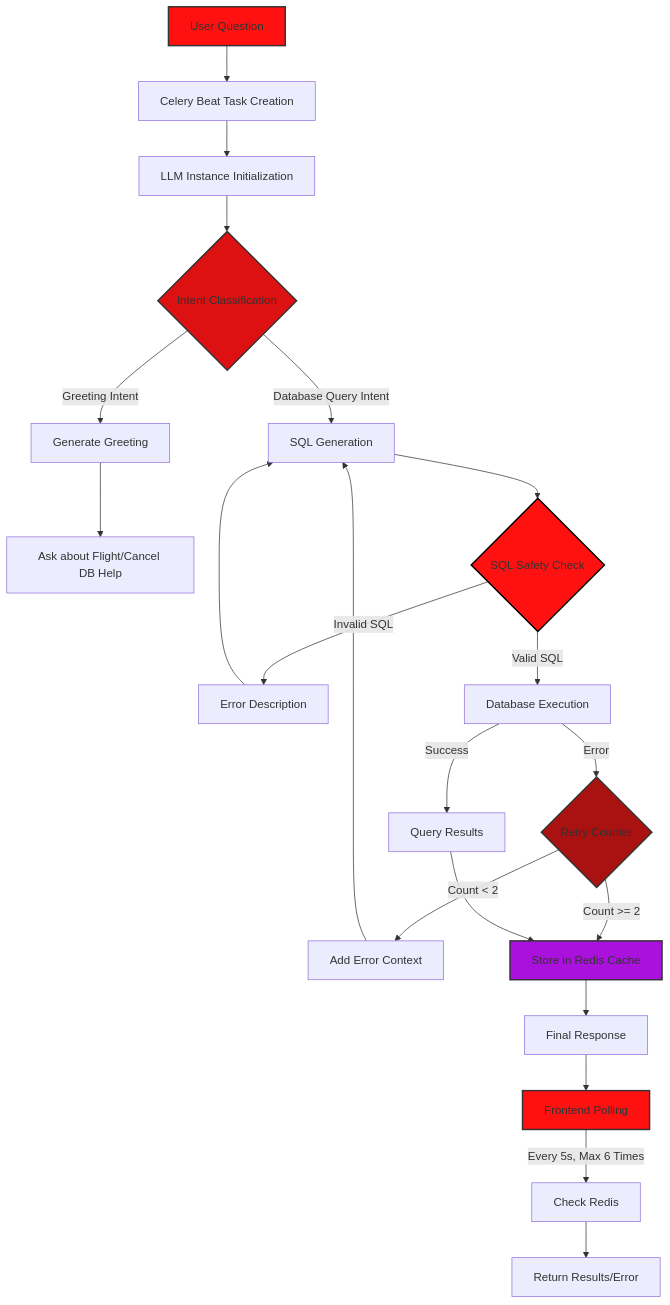
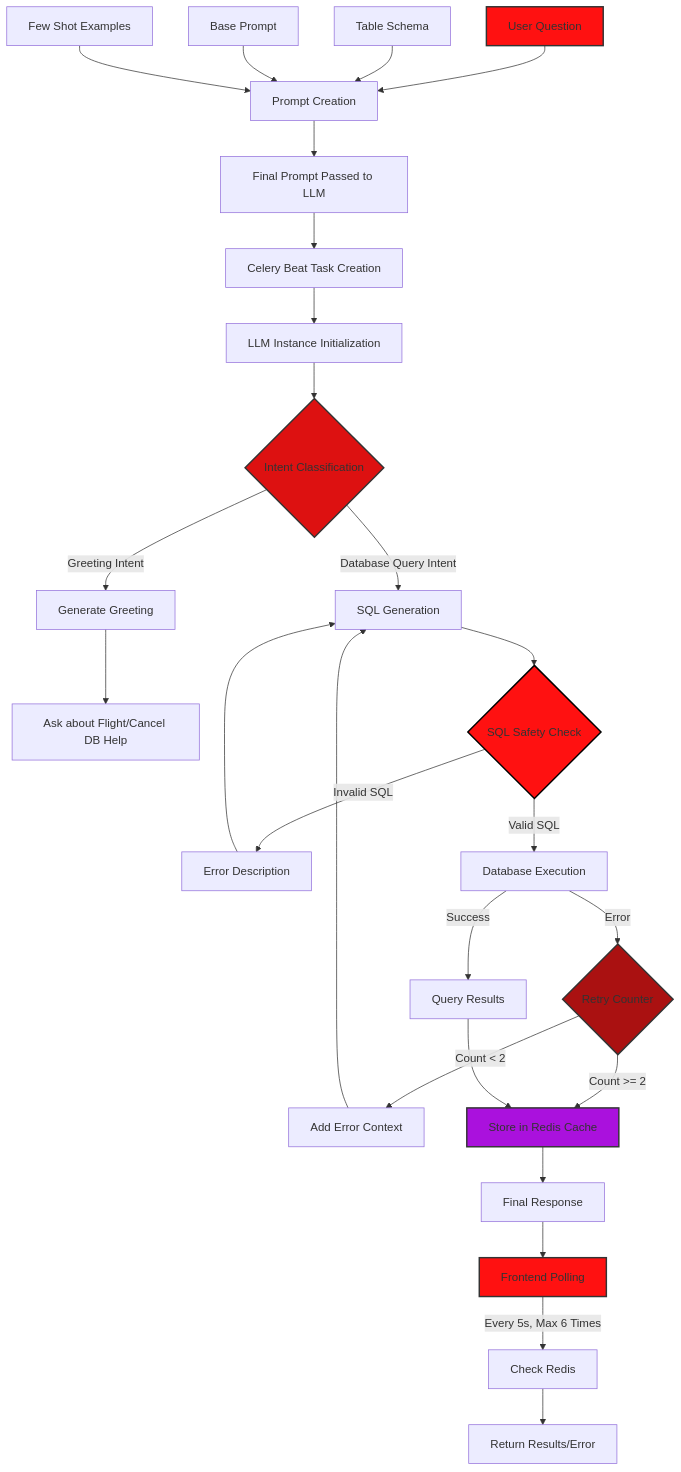
Before and after one commit to prabigya-pathak108/AssignmentTask: the diagram in README.md, drawn with Mermaid.

Commit message:
mermaid diagram changed

````diff
--- a/README.md
+++ b/README.md
@@ -15,38 +15,43 @@
 ```mermaid
 graph TD
-    A[User Question] --> B[Celery Beat Task Creation]
-    B --> C[LLM Instance Initialization]
-    C --> D{Intent Classification}
+    A[User Question] --> B1[Prompt Creation]
+    B2[Table Schema] --> B1
+    B3[Base Prompt] --> B1
+    B4[Few Shot Examples] --> B1
     
-    D -->|Greeting Intent| E[Generate Greeting]
-    E --> F[Ask about Flight/Cancel DB Help]
+    B1 --> B5[Final Prompt Passed to LLM]
+    B5 --> C[Celery Beat Task Creation]
+    C --> D[LLM Instance Initialization]
+    D --> E{Intent Classification}
     
-    D -->|Database Query Intent| G[SQL Generation]
-    G --> H{SQL Safety Check}
-    H -->|Invalid SQL| I[Error Description]
-    I --> G
+    E -->|Greeting Intent| F[Generate Greeting]
+    F --> G[Ask about Flight/Cancel DB Help]
     
-    H -->|Valid SQL| J[Database Execution]
-    J -->|Error| K{Retry Counter}
-    K -->|Count < 2| L[Add Error Context]
-    L --> G
+    E -->|Database Query Intent| H[SQL Generation]
+    H --> I{SQL Safety Check}
+    I -->|Invalid SQL| J[Error Description]
+    J --> H
     
-    K -->|Count >= 2| O[Store in Redis Cache]
+    I -->|Valid SQL| K[Database Execution]
+    K -->|Error| L{Retry Counter}
+    L -->|Count < 2| M[Add Error Context]
+    M --> H
     
-    J -->|Success| N[Query Results]
-    N --> O[Store in Redis Cache]
+    L -->|Count >= 2| P[Store in Redis Cache]
     
-    O --> P[Final Response]
-   
+    K -->|Success| O[Query Results]
+    O --> P[Store in Redis Cache]
     
-    P --> Q[Frontend Polling]
-    Q -->|Every 5s, Max 6 Times| R[Check Redis]
-    R --> S[Return Results/Error]
+    P --> Q[Final Response]
+    
+    Q --> R[Frontend Polling]
+    R -->|Every 5s, Max 6 Times| S[Check Redis]
+    S --> T[Return Results/Error]
     
     style A fill:#f11,stroke:#333,stroke-width:2px
-    style D fill:#d11,stroke:#333,stroke-width:2px
-    style H fill:#f11,stroke:#000,stroke-width:2px
-    style K fill:#a11,stroke:#333,stroke-width:2px
-    style O fill:#a1d,stroke:#333,stroke-width:2px
-    style Q fill:#f11,stroke:#333,stroke-width:2px
+    style E fill:#d11,stroke:#333,stroke-width:2px
+    style I fill:#f11,stroke:#000,stroke-width:2px
+    style L fill:#a11,stroke:#333,stroke-width:2px
+    style P fill:#a1d,stroke:#333,stroke-width:2px
+    style R fill:#f11,stroke:#333,stroke-width:2px
 ```
````
